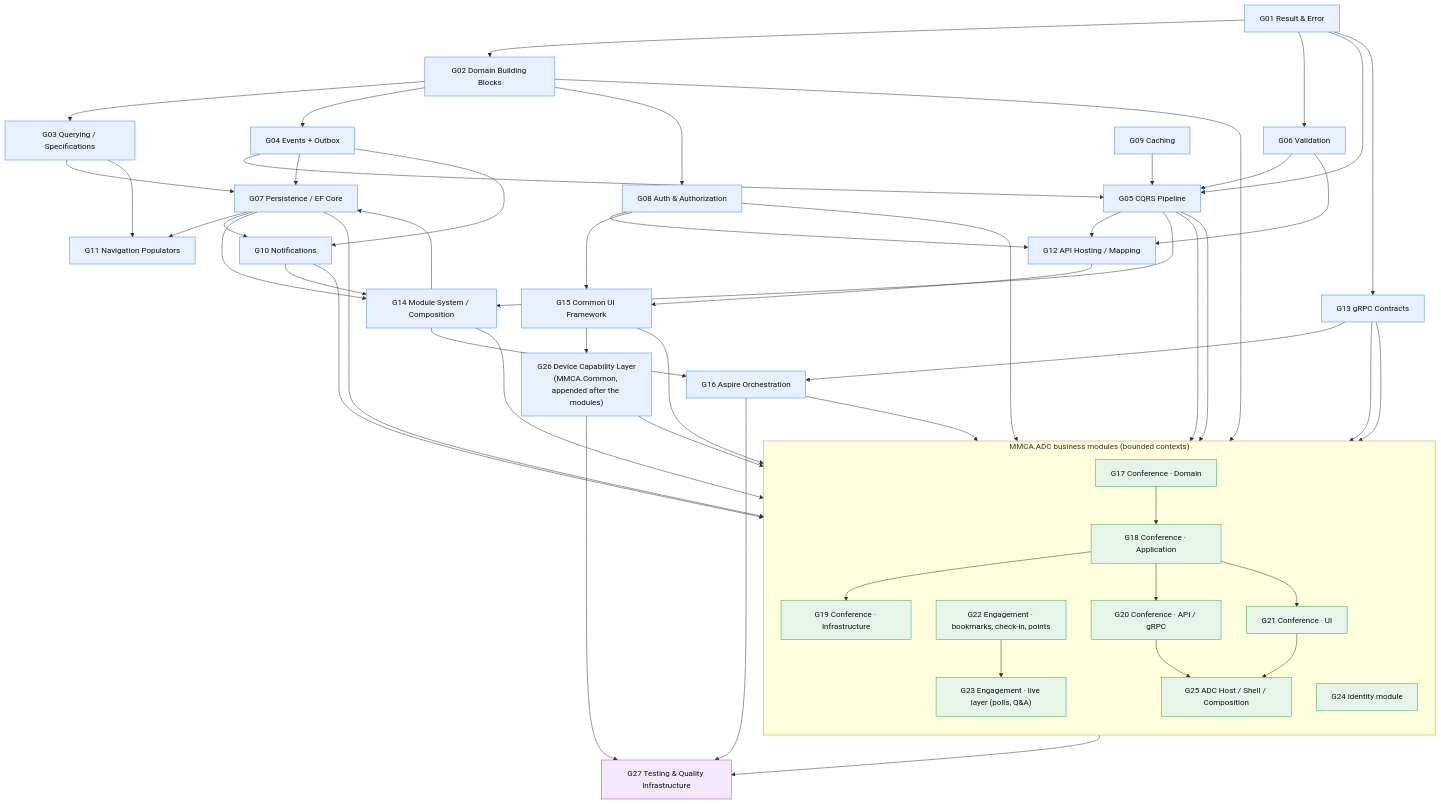
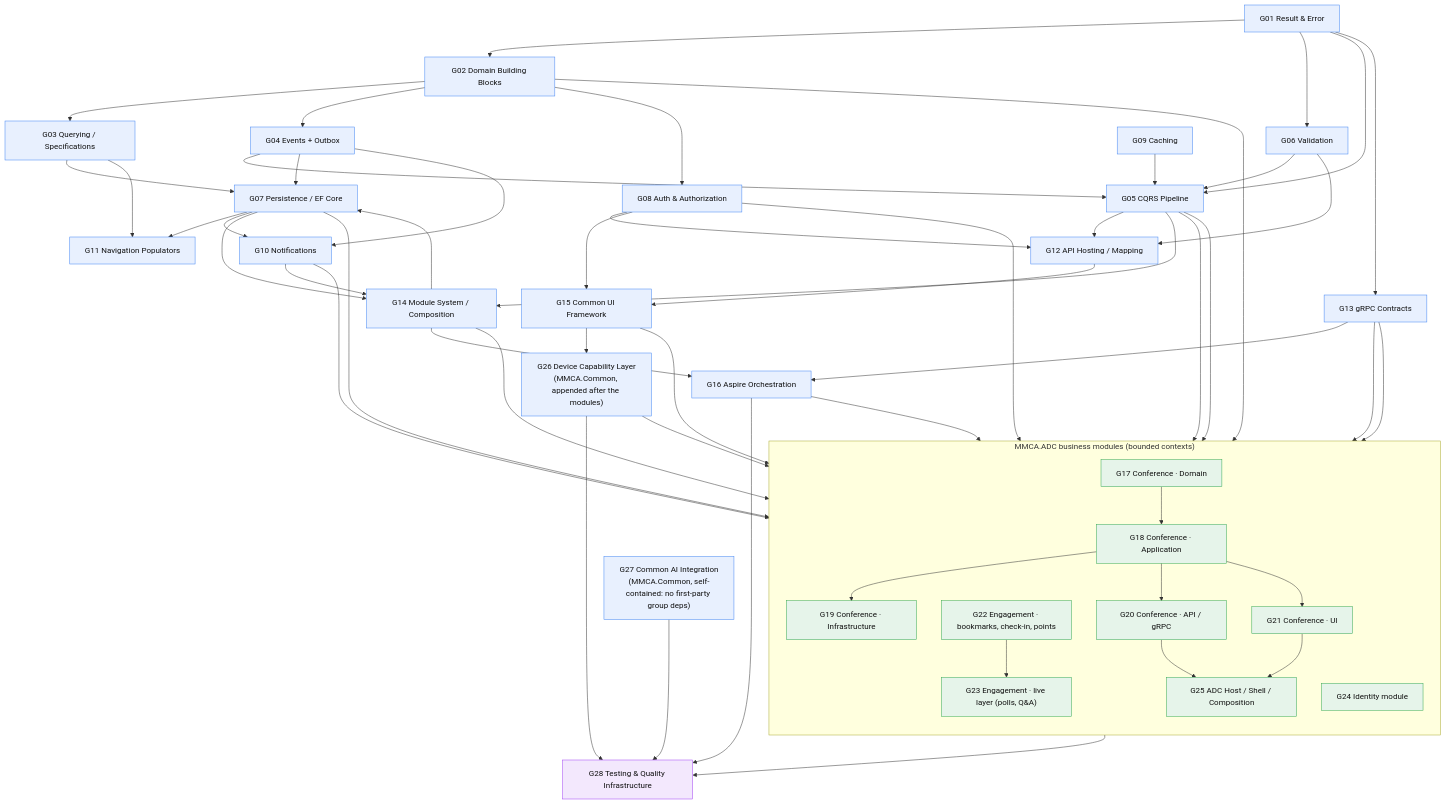
The third of 15 diagrams in docs-src/onboarding/CONCEPT-MAPS.md (ivanball/ivanball.github.io), drawn with Mermaid before and after one commit. The commit also changed other lines of this file and 83 other files, not shown here.

First line of the commit message:
docs(onboarding): 2026-09-14 full drift sweep, new group G28 Common AI Integration, testing chapter renumbered to 28 (#185)

````diff
--- a/docs-src/onboarding/CONCEPT-MAPS.md
+++ b/docs-src/onboarding/CONCEPT-MAPS.md
@@ -165,7 +171,8 @@
     end
 
     G26["G26 Device Capability Layer<br/>(MMCA.Common, appended after the modules)"]
-    G27["G27 Testing &amp; Quality Infrastructure"]
+    G27["G27 Common AI Integration<br/>(MMCA.Common, self-contained: no first-party group deps)"]
+    G28["G28 Testing &amp; Quality Infrastructure"]
 
     %% framework backbone
     G01 --> G02 --> G03
@@ -220,14 +227,15 @@
     G26 --> G25
 
     %% everything is tested
-    ADCMOD --> G27
-    G16 --> G27
-    G26 --> G27
+    ADCMOD --> G28
+    G16 --> G28
+    G26 --> G28
+    G27 --> G28
 
     classDef fw fill:#e8f0fe,stroke:#4285f4,color:#111
     classDef adc fill:#e6f4ea,stroke:#34a853,color:#111
     classDef test fill:#f3e8fd,stroke:#a142f4,color:#111
-    class G01,G02,G03,G04,G05,G06,G07,G08,G09,G10,G11,G12,G13,G14,G15,G16,G26 fw
+    class G01,G02,G03,G04,G05,G06,G07,G08,G09,G10,G11,G12,G13,G14,G15,G16,G26,G27 fw
     class G17,G18,G19,G20,G21,G22,G23,G24,G25 adc
-    class G27 test
+    class G28 test
 ```
````
